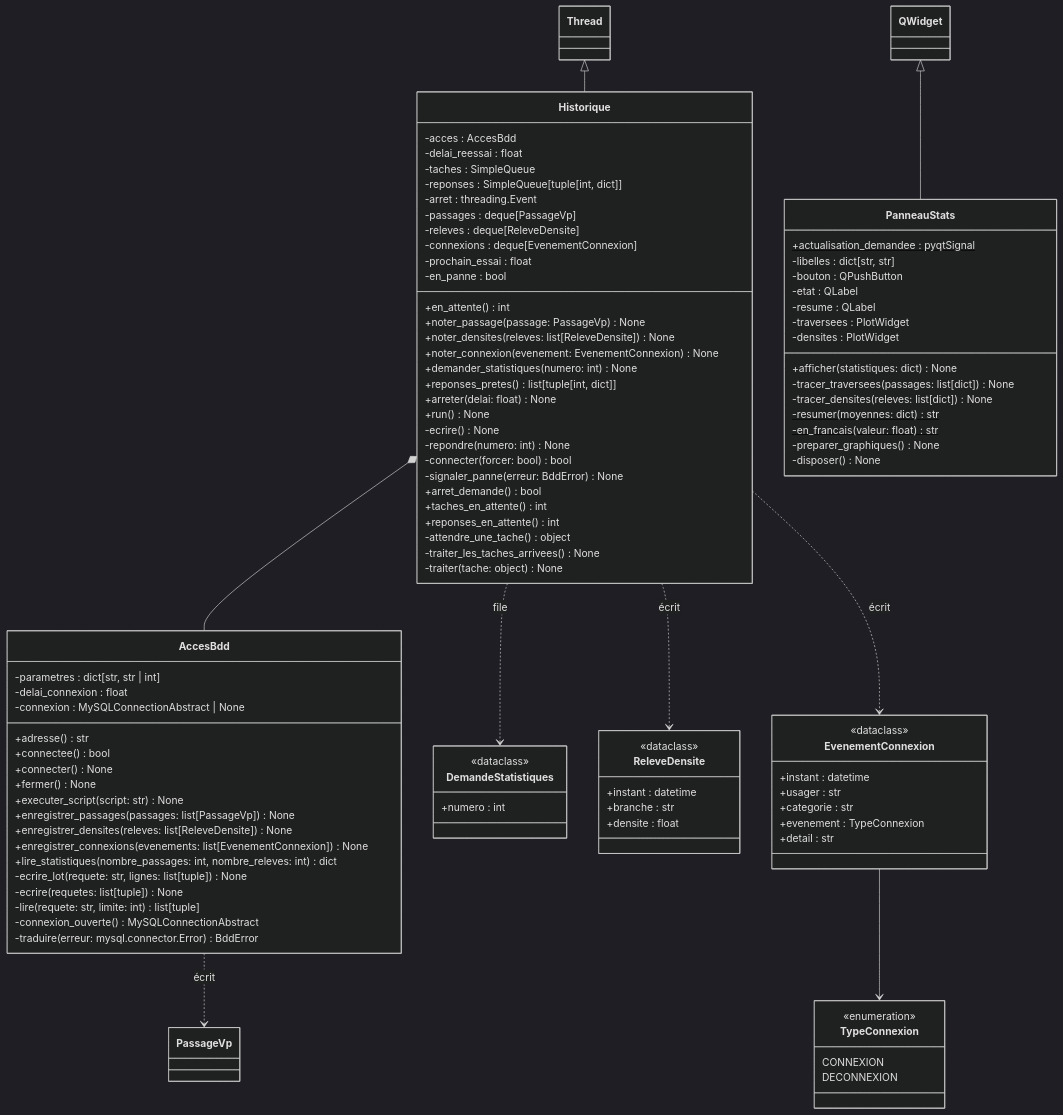
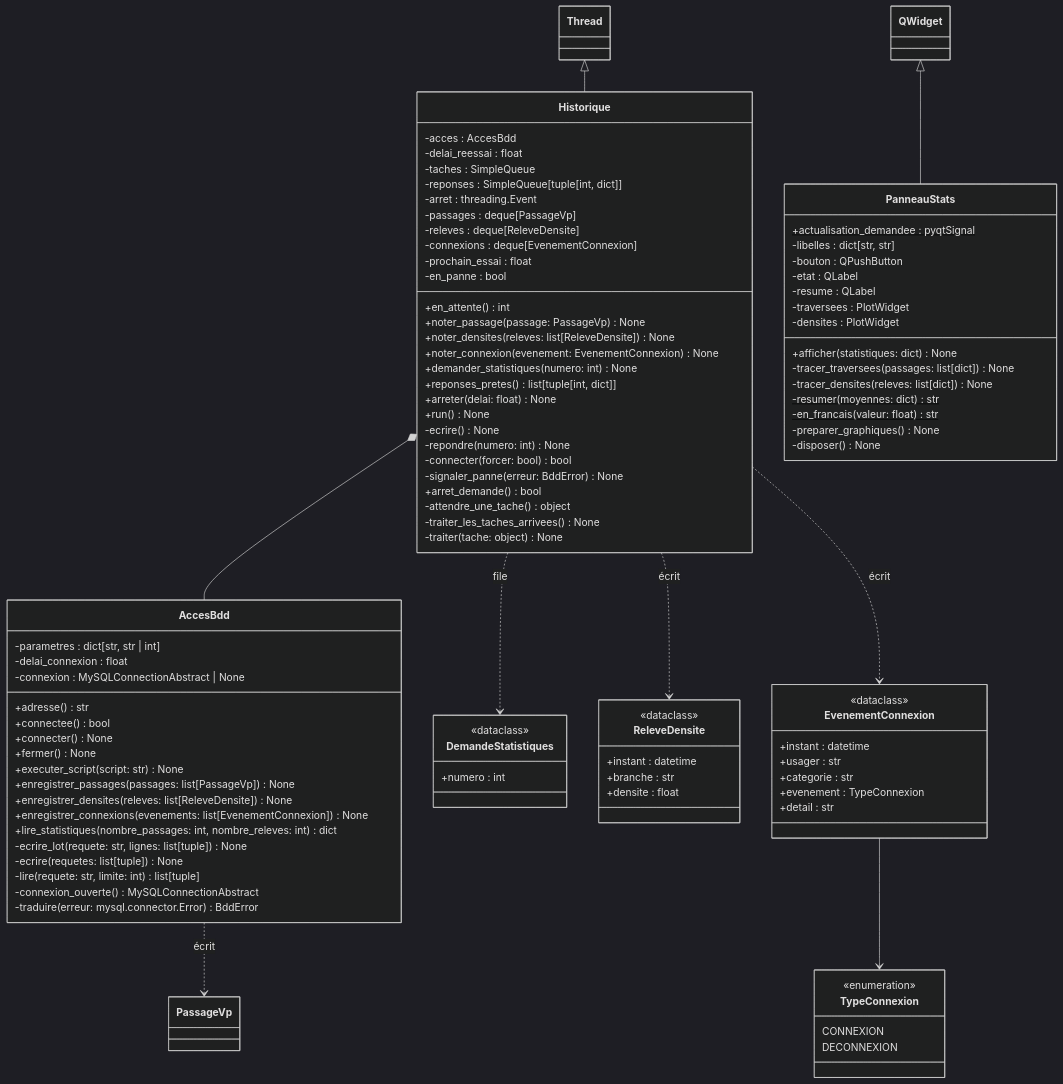
Diagram 12 of 12 in docs/uml.md (vRayzix/SAE3.02_Developper-une-application-communicante), drawn with Mermaid (dark theme) before and after one commit. The commit also changed other lines of this file and 2 other files, not shown here.

Commit message:
refactor: retire trois propriétés que rien n'utilise
Historique.taches_en_attente, Historique.reponses_en_attente et
ReseauSupervision.reglages_en_attente n'étaient lues ni par le code ni par
les tests. Aucun test ne portait sur elles ; le diagramme de classes est
mis à jour.

```diff
--- a/docs/uml.md
+++ b/docs/uml.md
@@ -1128,8 +1127,6 @@
         -connecter(forcer: bool) bool
         -signaler_panne(erreur: BddError) None
         +arret_demande() bool
-        +taches_en_attente() int
-        +reponses_en_attente() int
         -attendre_une_tache() object
         -traiter_les_taches_arrivees() None
         -traiter(tache: object) None
```
